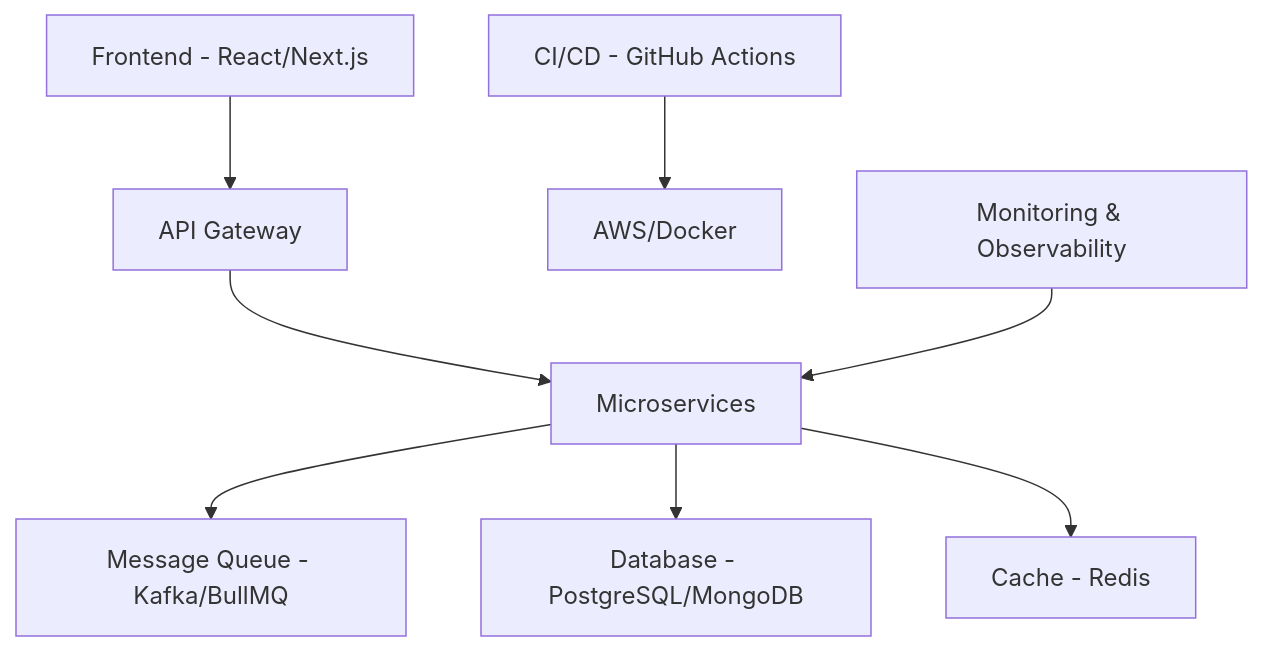
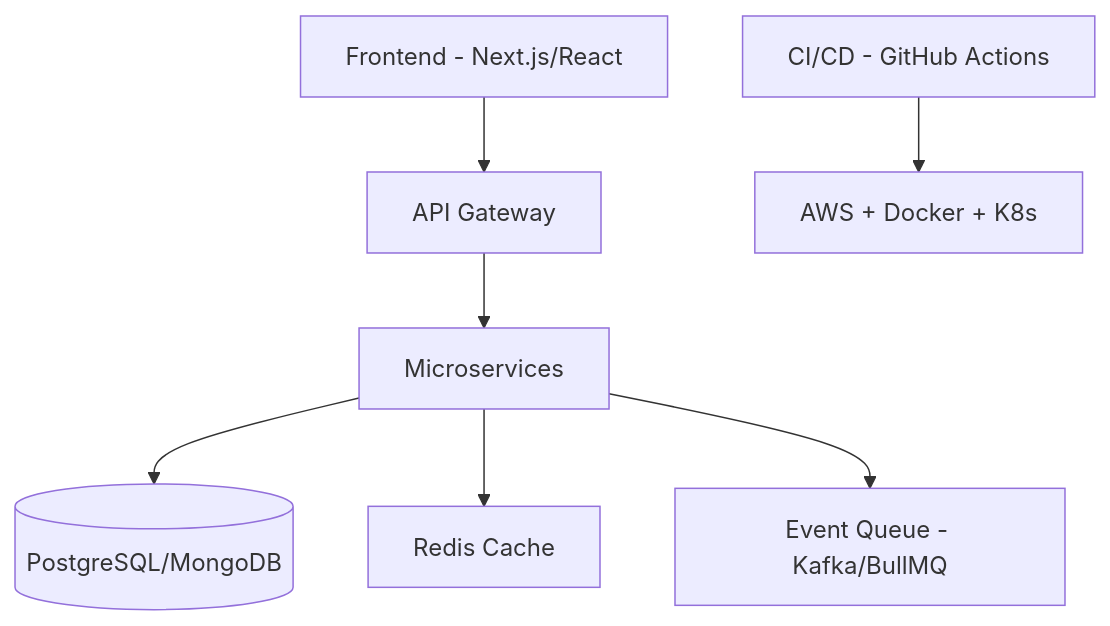
One commit to ghanshyam2005singh/ghanshyam2005singh changed the diagram in README.md. Above: the diagram before and after it, drawn with Mermaid. The commit also changed other lines of this file, not shown here.

````diff
--- a/README.md
+++ b/README.md
@@ -136,10 +108,9 @@
 ```mermaid
 graph TB
-    A[Frontend - React/Next.js] --> B[API Gateway]
-    B --> C[Microservices]
-    C --> D[Message Queue - Kafka/BullMQ]
-    C --> E[Database - PostgreSQL/MongoDB]
-    C --> F[Cache - Redis]
-    G[CI/CD - GitHub Actions] --> H[AWS/Docker]
-    I[Monitoring & Observability] --> C
+    UI[Frontend - Next.js/React] --> API[API Gateway]
+    API --> SVC[Microservices]
+    SVC --> DB[(PostgreSQL/MongoDB)]
+    SVC --> CACHE[Redis Cache]
+    SVC --> MQ[Event Queue - Kafka/BullMQ]
+    DevOps[CI/CD - GitHub Actions] --> Deploy[AWS + Docker + K8s]
 ```
````
